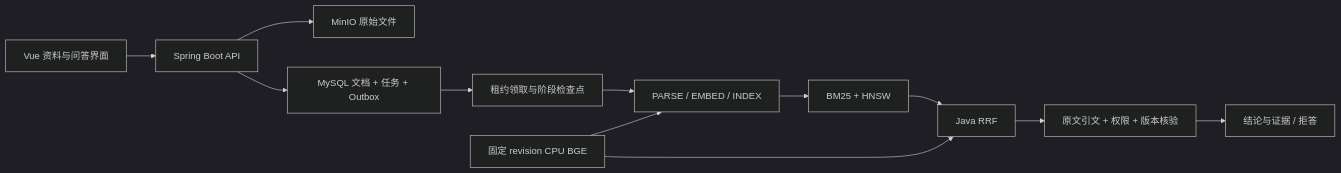
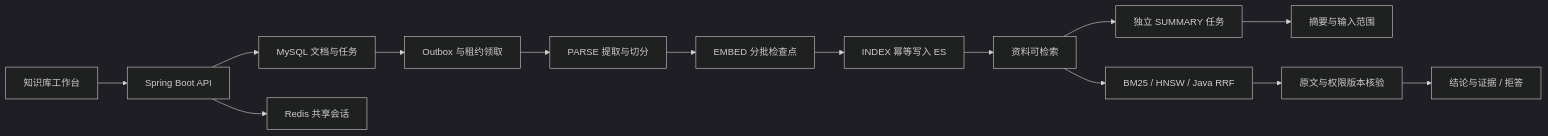
Before and after one commit to wangbf123/StudyFlow: the diagram in README.md, drawn with Mermaid (dark theme). The commit also changed other lines of this file and 77 other files, not shown here.

````diff
--- a/README.md
+++ b/README.md
@@ -43,14 +70,16 @@
 ```mermaid
 flowchart LR
-    UI[Vue 资料与问答界面] --> API[Spring Boot API]
-    API --> STORE[MinIO 原始文件]
-    API --> TX[MySQL 文档 + 任务 + Outbox]
-    TX --> WORKER[租约领取与阶段检查点]
-    WORKER --> PARSE[PARSE / EMBED / INDEX]
-    PARSE --> ES[BM25 + HNSW]
-    BGE[固定 revision CPU BGE] --> PARSE
-    BGE --> RRF[Java RRF]
-    ES --> RRF
-    RRF --> CHECK[原文引文 + 权限 + 版本核验]
+    UI[知识库工作台] --> API[Spring Boot API]
+    API --> DB[MySQL 文档与任务]
+    API --> SESSION[Redis 共享会话]
+    DB --> LEASE[Outbox 与租约领取]
+    LEASE --> PARSE[PARSE 提取与切分]
+    PARSE --> EMBED[EMBED 分批检查点]
+    EMBED --> INDEX[INDEX 幂等写入 ES]
+    INDEX --> READY[资料可检索]
+    READY --> SUMMARY[独立 SUMMARY 任务]
+    SUMMARY --> DERIVED[摘要与输入范围]
+    READY --> RETRIEVE[BM25 / HNSW / Java RRF]
+    RETRIEVE --> CHECK[原文与权限版本核验]
     CHECK --> ANSWER[结论与证据 / 拒答]
 ```
````
